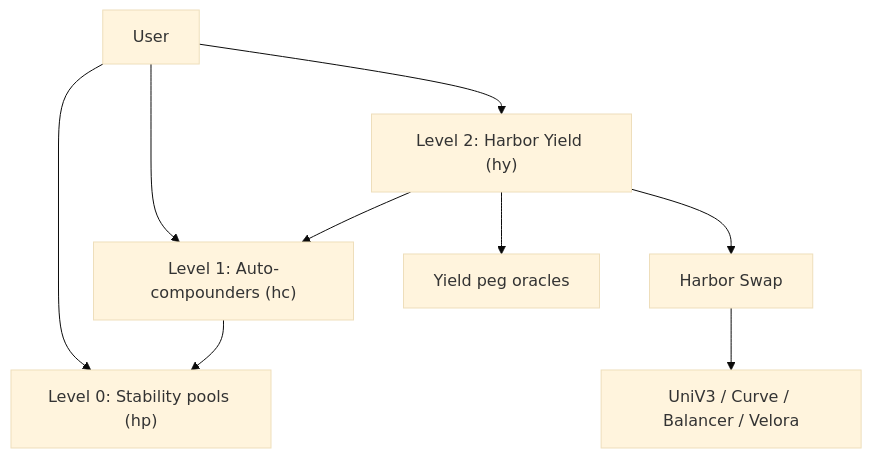
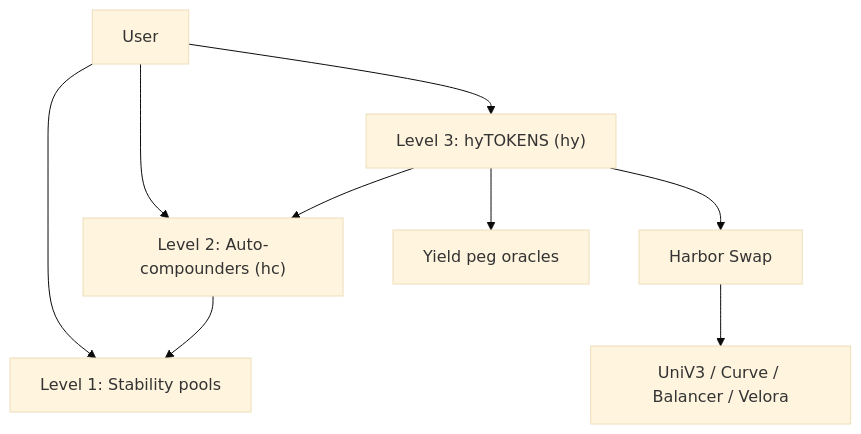
One commit to baofinance/harbor-docs changed the diagram in tech-docs/contracts/harbor-yield.md. Above: the diagram before and after it, drawn with Mermaid (base theme). The commit also changed other lines of this file and 5 other files, not shown here.

First line of the commit message:
docs: clarify Harbor Yield’s three participation levels

````diff
--- a/tech-docs/contracts/harbor-yield.md
+++ b/tech-docs/contracts/harbor-yield.md
@@ -27,17 +37,17 @@
 ```mermaid
 flowchart TB
-  SP["Level 0: Stability pools (hp)"]
-  AC["Level 1: Auto-compounders (hc)"]
-  HY["Level 2: Harbor Yield (hy)"]
+  SP["Level 1: Stability pools"]
+  AC["Level 2: Auto-compounders (hc)"]
+  HY["Level 3: hyTOKENS (hy)"]
   Swap["Harbor Swap"]
   Oracles["Yield peg oracles"]
 
+  User --> SP
+  User --> AC
   User --> HY
-  User --> AC
-  User --> SP
   AC --> SP
   HY --> AC
   HY --> Swap
   HY --> Oracles
   Swap --> DEX["UniV3 / Curve / Balancer / Velora"]
 ```
````
